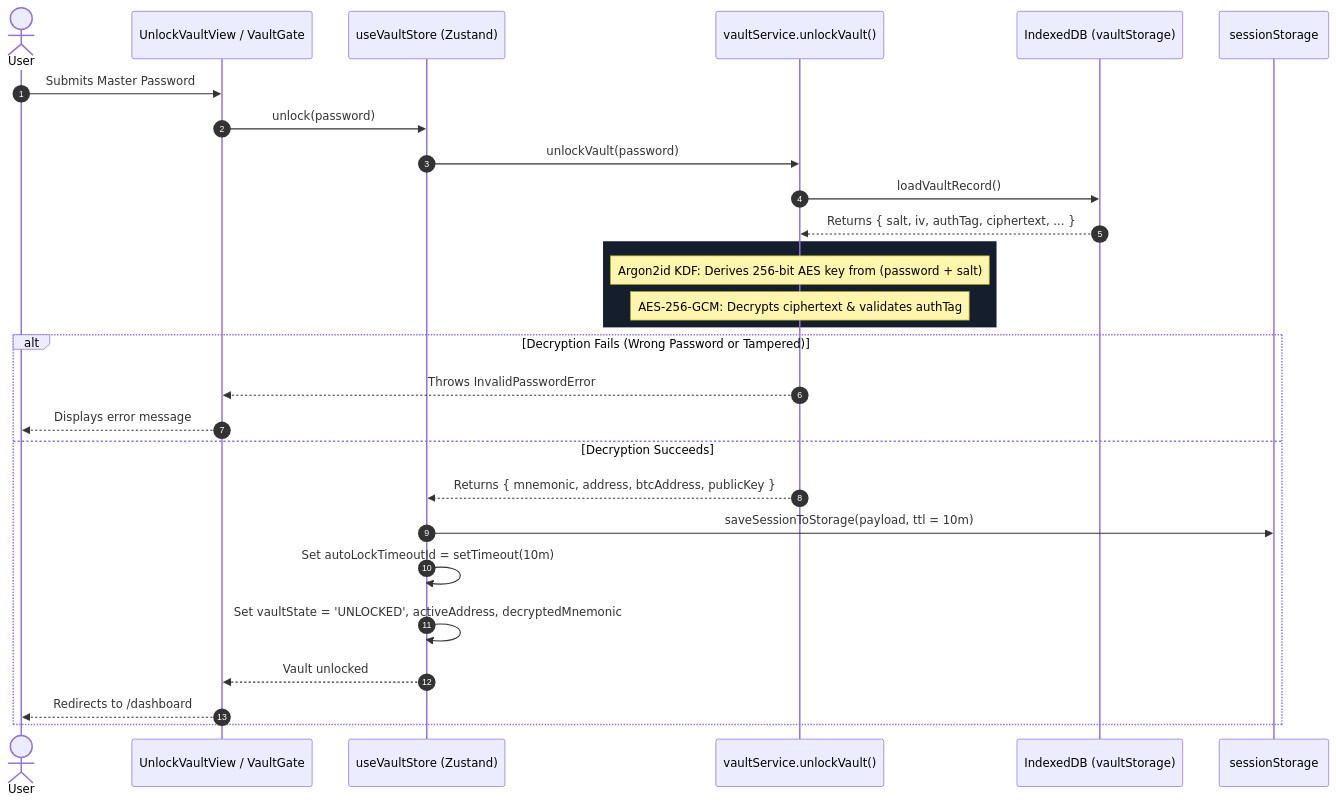
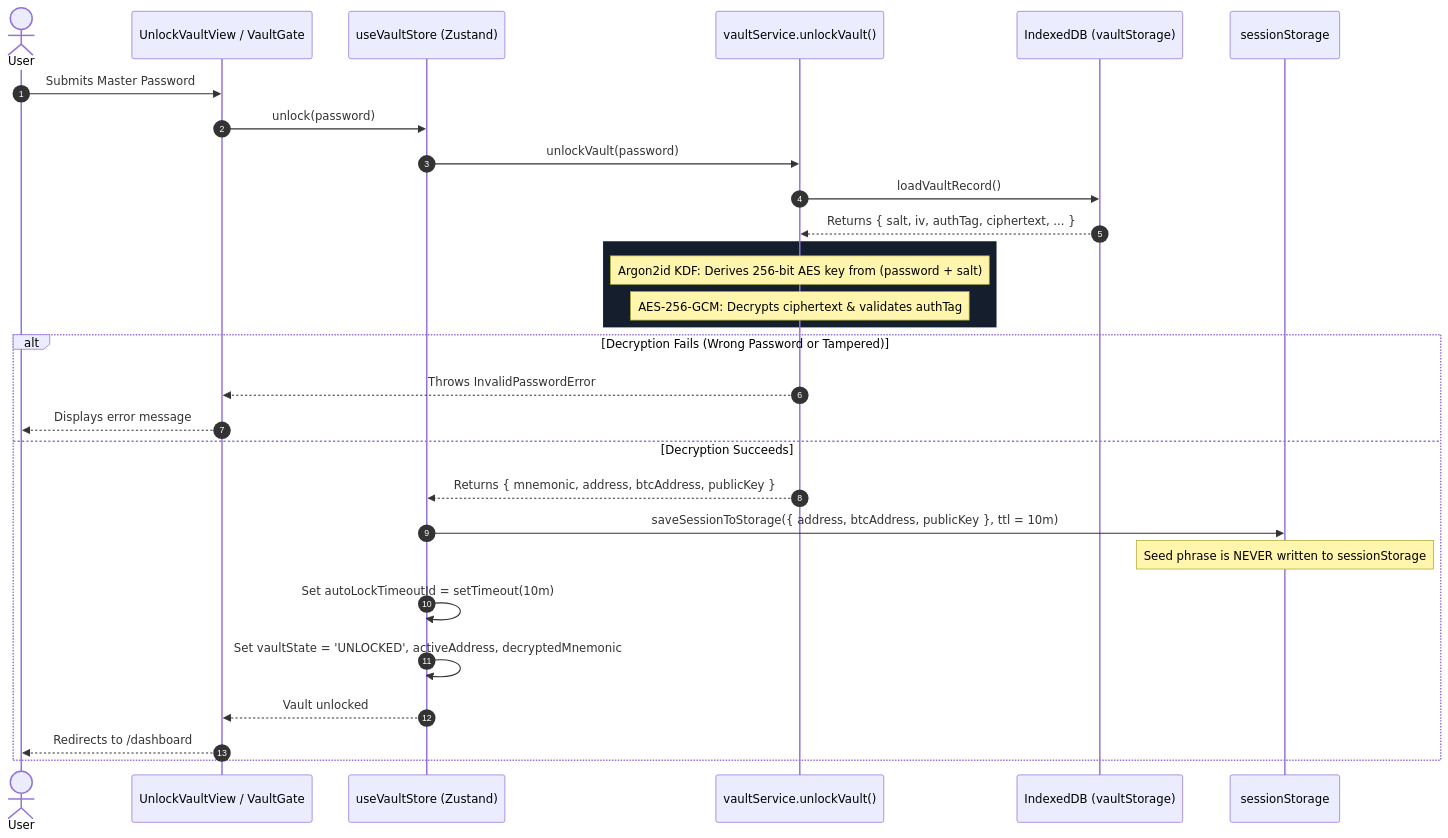
Before and after one commit to Sandipxg/SafeX--Crypto-Wallet: the third of 6 diagrams in notes/fundamentals/Authorization_and_sessionStorage.md, drawn with Mermaid. The commit also changed other lines of this file and 1 other file, not shown here.

Commit message:
fix(vault): strip plaintext mnemonic from sessionStorage

````diff
--- a/notes/fundamentals/Authorization_and_sessionStorage.md
+++ b/notes/fundamentals/Authorization_and_sessionStorage.md
@@ -94,33 +94,34 @@
 ```mermaid
 sequenceDiagram
     autonumber
     actor User
     participant UI as UnlockVaultView / VaultGate
     participant Store as useVaultStore (Zustand)
     participant Crypto as vaultService.unlockVault()
     participant IDB as IndexedDB (vaultStorage)
     participant Tab as sessionStorage
 
     User->>UI: Submits Master Password
     UI->>Store: unlock(password)
     Store->>Crypto: unlockVault(password)
     Crypto->>IDB: loadVaultRecord()
     IDB-->>Crypto: Returns { salt, iv, authTag, ciphertext, ... }
     
     rect rgb(20, 30, 45)
         Note over Crypto: Argon2id KDF: Derives 256-bit AES key from (password + salt)
         Note over Crypto: AES-256-GCM: Decrypts ciphertext & validates authTag
     end
 
     alt Decryption Fails (Wrong Password or Tampered)
         Crypto-->>UI: Throws InvalidPasswordError
         UI-->>User: Displays error message
     else Decryption Succeeds
         Crypto-->>Store: Returns { mnemonic, address, btcAddress, publicKey }
-        Store->>Tab: saveSessionToStorage(payload, ttl = 10m)
+        Store->>Tab: saveSessionToStorage({ address, btcAddress, publicKey }, ttl = 10m)
+        Note over Tab: Seed phrase is NEVER written to sessionStorage
         Store->>Store: Set autoLockTimeoutId = setTimeout(10m)
         Store->>Store: Set vaultState = 'UNLOCKED', activeAddress, decryptedMnemonic
         Store-->>UI: Vault unlocked
         UI-->>User: Redirects to /dashboard
     end
 ```
````
